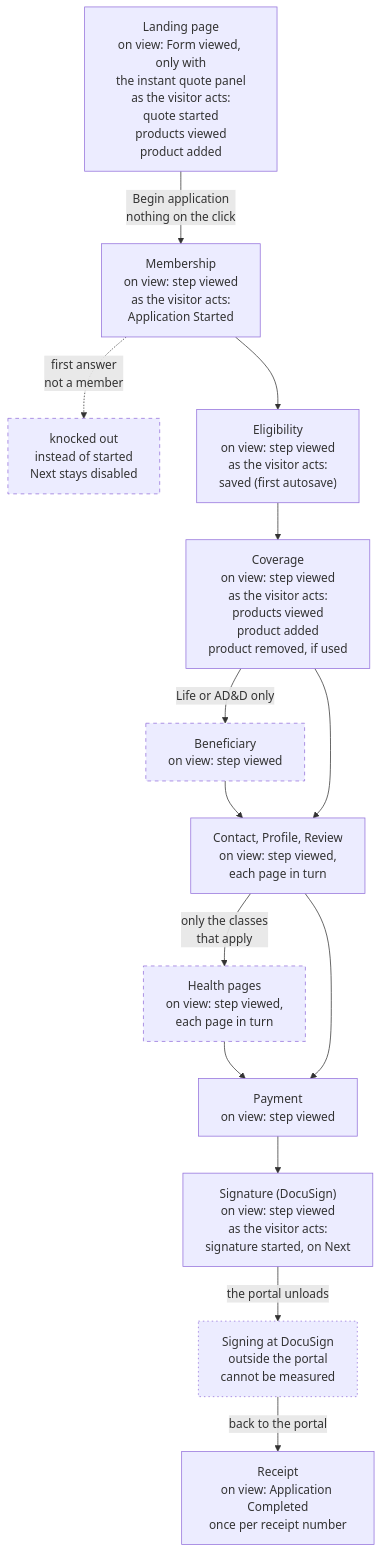
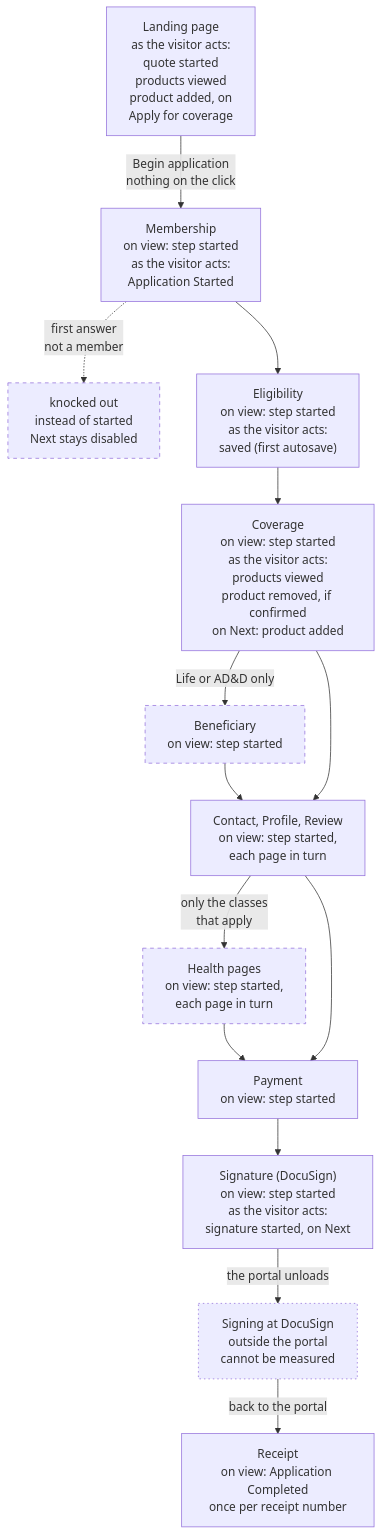
The first of 2 diagrams in application-journey.md (further-external/client-nyl-gmad-dl-spec), drawn with Mermaid before and after one commit. The commit also changed other lines of this file and 13 other files, not shown here.

````diff
--- a/application-journey.md
+++ b/application-journey.md
@@ -16,33 +16,33 @@
 ```mermaid
 flowchart TD
-  L["Landing page<br/>on view: Form viewed, only with<br/>the instant quote panel<br/>as the visitor acts:<br/>quote started<br/>products viewed<br/>product added"]
-  M["Membership<br/>on view: step viewed<br/>as the visitor acts:<br/>Application Started"]
+  L["Landing page<br/>as the visitor acts:<br/>quote started<br/>products viewed<br/>product added, on<br/>Apply for coverage"]
+  M["Membership<br/>on view: step started<br/>as the visitor acts:<br/>Application Started"]
   KO["knocked out<br/>instead of started<br/>Next stays disabled"]
-  E["Eligibility<br/>on view: step viewed<br/>as the visitor acts:<br/>saved (first autosave)"]
-  C["Coverage<br/>on view: step viewed<br/>as the visitor acts:<br/>products viewed<br/>product added<br/>product removed, if used"]
-  B["Beneficiary<br/>on view: step viewed"]
-  CPR["Contact, Profile, Review<br/>on view: step viewed,<br/>each page in turn"]
-  H["Health pages<br/>on view: step viewed,<br/>each page in turn"]
-  PAY["Payment<br/>on view: step viewed"]
-  DS["Signature (DocuSign)<br/>on view: step viewed<br/>as the visitor acts:<br/>signature started, on Next"]
+  E["Eligibility<br/>on view: step started<br/>as the visitor acts:<br/>saved (first autosave)"]
+  C["Coverage<br/>on view: step started<br/>as the visitor acts:<br/>products viewed<br/>product removed, if confirmed<br/>on Next: product added"]
+  B["Beneficiary<br/>on view: step started"]
+  CPR["Contact, Profile, Review<br/>on view: step started,<br/>each page in turn"]
+  H["Health pages<br/>on view: step started,<br/>each page in turn"]
+  PAY["Payment<br/>on view: step started"]
+  DS["Signature (DocuSign)<br/>on view: step started<br/>as the visitor acts:<br/>signature started, on Next"]
   SIGN["Signing at DocuSign<br/>outside the portal<br/>cannot be measured"]
   RC["Receipt<br/>on view: Application Completed<br/>once per receipt number"]
 
   L -->|"Begin application<br/>nothing on the click"| M
   M -.->|"first answer<br/>not a member"| KO
   M --> E --> C
   C -->|"Life or AD#amp;D only"| B
   B --> CPR
   C --> CPR
   CPR -->|"only the classes<br/>that apply"| H
   H --> PAY
   CPR --> PAY
   PAY --> DS
   DS -->|"the portal unloads"| SIGN
   SIGN -->|"back to the portal"| RC
 
   classDef conditional stroke-dasharray: 5 5
   classDef offportal stroke-dasharray: 2 4
   class B,H,KO conditional
   class SIGN offportal
 ```
````
